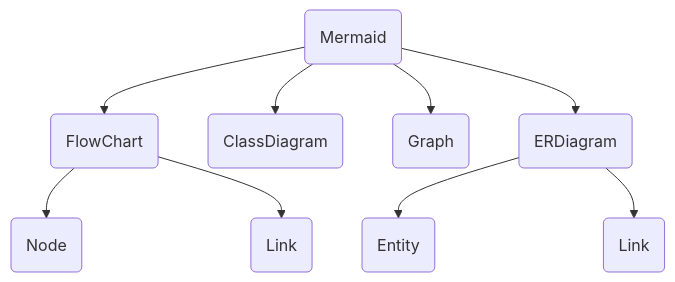
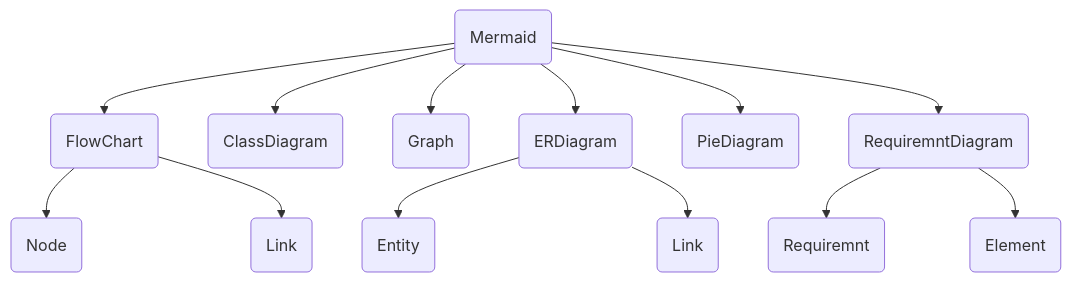
The diagram in README.md (ouhammmourachid/mermaid-py), drawn with Mermaid before and after one commit. The commit also changed 3 other files, not shown here.

Commit message:
add element for the requirement diagram

````diff
--- a/README.md
+++ b/README.md
@@ -38,18 +38,25 @@
 ```mermaid
 graph TD;
     mer(Mermaid)
     flow(FlowChart);
     clas(ClassDiagram)
     gra(Graph)
     erDigram(ERDiagram)
+    pie(PieDiagram)
+    reqDiagram(RequiremntDiagram)
     erdiagram-link(Link)
     entity(Entity)
     flow-link(Link)
     node(Node)
+    requiremnt(Requiremnt)
+    element(Element)
     mer --> flow
     mer --> clas
     mer --> gra
     mer --> erDigram
+    mer --> pie
+    mer --> reqDiagram
     flow --> node & flow-link
     erDigram --> entity & erdiagram-link
+    reqDiagram --> requiremnt & element
 ```
````
